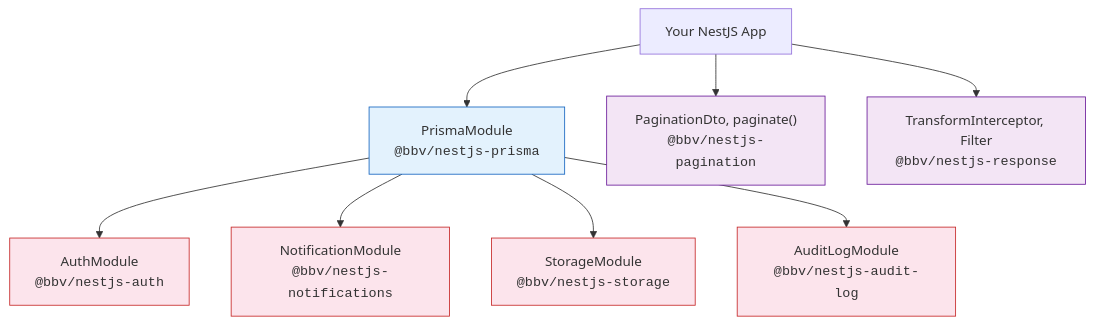
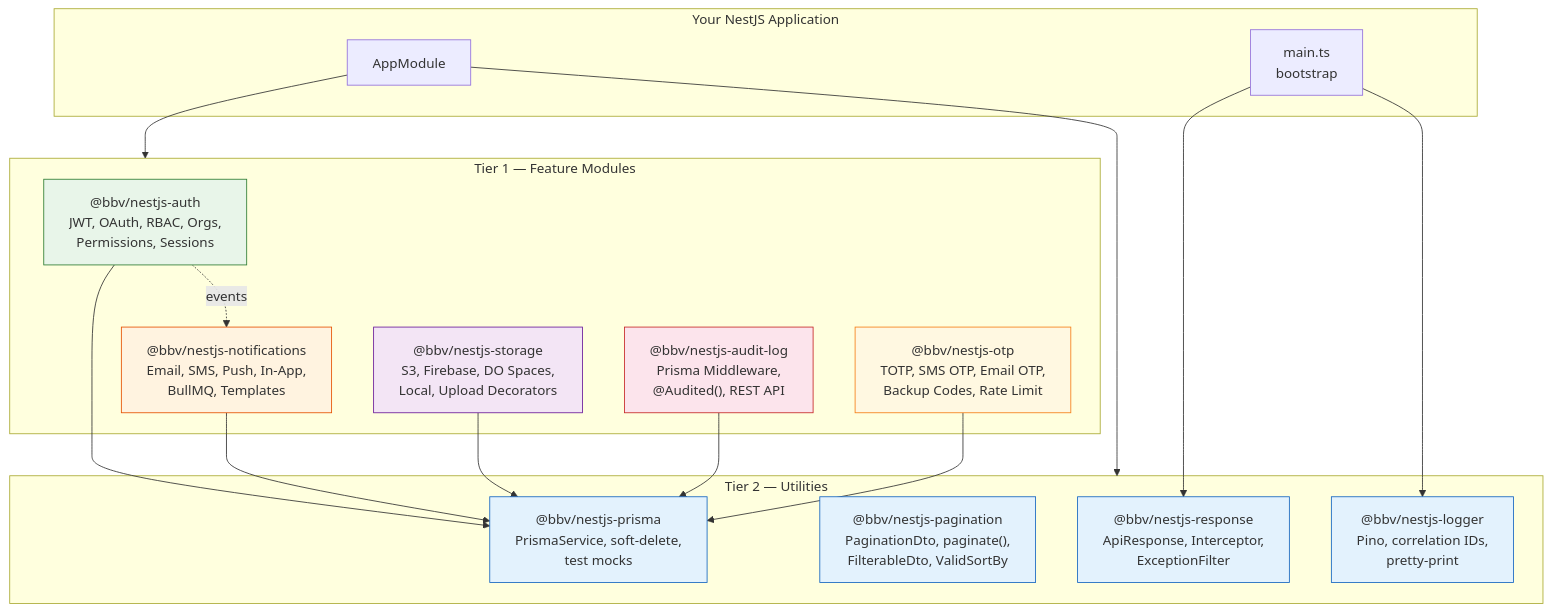
One commit to BlackBoxVision/nestjs-plugins changed the first of 3 diagrams in README.md. Above: the diagram before and after it, drawn with Mermaid. The commit also changed other lines of this file and 2 other files, not shown here.

First line of the commit message:
docs: add missing READMEs for logger and OTP, update root README

````diff
--- a/README.md
+++ b/README.md
@@ -9,21 +36,45 @@
 ```mermaid
-graph TD
-    App["Your NestJS App"]
+graph TB
+    subgraph App ["Your NestJS Application"]
+        Main["main.ts<br/>bootstrap"]
+        AppMod["AppModule"]
+    end
 
-    App --> Prisma["PrismaModule<br/><code>@bbv/nestjs-prisma</code>"]
-    App --> Pagination["PaginationDto, paginate()<br/><code>@bbv/nestjs-pagination</code>"]
-    App --> Response["TransformInterceptor, Filter<br/><code>@bbv/nestjs-response</code>"]
+    subgraph Tier2 ["Tier 2 — Utilities"]
+        Prisma["@bbv/nestjs-prisma<br/>PrismaService, soft-delete,<br/>test mocks"]
+        Pagination["@bbv/nestjs-pagination<br/>PaginationDto, paginate(),<br/>FilterableDto, ValidSortBy"]
+        Response["@bbv/nestjs-response<br/>ApiResponse, Interceptor,<br/>ExceptionFilter"]
+        Logger["@bbv/nestjs-logger<br/>Pino, correlation IDs,<br/>pretty-print"]
+    end
 
-    Prisma --> Auth["AuthModule<br/><code>@bbv/nestjs-auth</code>"]
-    Prisma --> Notifications["NotificationModule<br/><code>@bbv/nestjs-notifications</code>"]
-    Prisma --> Storage["StorageModule<br/><code>@bbv/nestjs-storage</code>"]
-    Prisma --> AuditLog["AuditLogModule<br/><code>@bbv/nestjs-audit-log</code>"]
+    subgraph Tier1 ["Tier 1 — Feature Modules"]
+        Auth["@bbv/nestjs-auth<br/>JWT, OAuth, RBAC, Orgs,<br/>Permissions, Sessions"]
+        Notif["@bbv/nestjs-notifications<br/>Email, SMS, Push, In-App,<br/>BullMQ, Templates"]
+        Storage["@bbv/nestjs-storage<br/>S3, Firebase, DO Spaces,<br/>Local, Upload Decorators"]
+        Audit["@bbv/nestjs-audit-log<br/>Prisma Middleware,<br/>@Audited(), REST API"]
+        OTP["@bbv/nestjs-otp<br/>TOTP, SMS OTP, Email OTP,<br/>Backup Codes, Rate Limit"]
+    end
+
+    AppMod --> Tier1
+    AppMod --> Tier2
+    Main --> Response
+    Main --> Logger
+
+    Auth --> Prisma
+    Notif --> Prisma
+    Storage --> Prisma
+    Audit --> Prisma
+    OTP --> Prisma
+
+    Auth -.->|events| Notif
 
     style Prisma fill:#e3f2fd,stroke:#1565c0
-    style Auth fill:#fce4ec,stroke:#c62828
-    style Notifications fill:#fce4ec,stroke:#c62828
-    style Storage fill:#fce4ec,stroke:#c62828
-    style AuditLog fill:#fce4ec,stroke:#c62828
-    style Pagination fill:#f3e5f5,stroke:#6a1b9a
-    style Response fill:#f3e5f5,stroke:#6a1b9a
+    style Auth fill:#e8f5e9,stroke:#2e7d32
+    style Notif fill:#fff3e0,stroke:#e65100
+    style Storage fill:#f3e5f5,stroke:#6a1b9a
+    style Audit fill:#fce4ec,stroke:#c62828
+    style OTP fill:#fff8e1,stroke:#f57f17
+    style Pagination fill:#e3f2fd,stroke:#1565c0
+    style Response fill:#e3f2fd,stroke:#1565c0
+    style Logger fill:#e3f2fd,stroke:#1565c0
 ```
````
